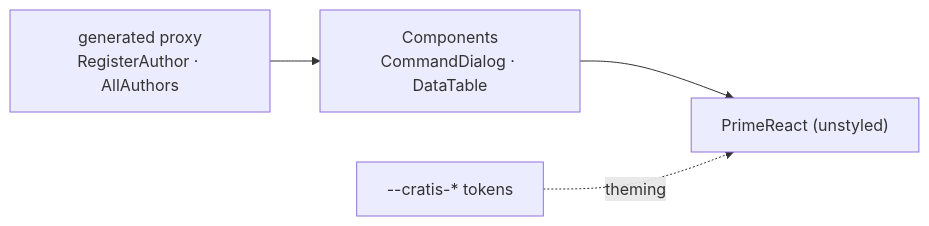
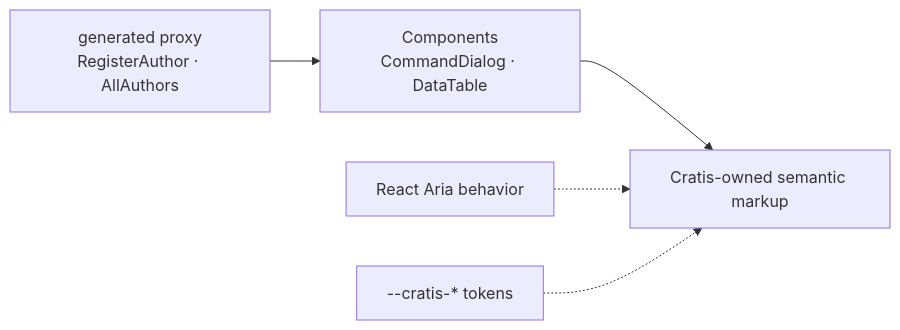
One commit to Cratis/Components changed the diagram in Documentation/getting-started.mdx. Above: the diagram before and after it, drawn with Mermaid. The commit also changed other lines of this file and 56 other files, not shown here.

````diff
--- a/Documentation/getting-started.mdx
+++ b/Documentation/getting-started.mdx
@@ -86,6 +66,7 @@
 ```mermaid
 flowchart LR
     Proxy["generated proxy<br/>RegisterAuthor · AllAuthors"] --> C["Components<br/>CommandDialog · DataTable"]
-    C --> PR["PrimeReact (unstyled)"]
-    Tokens["--cratis-* tokens"] -.->|theming| PR
+    C --> Markup["Cratis-owned semantic markup"]
+    Aria["React Aria behavior"] -.-> Markup
+    Tokens["--cratis-* tokens"] -.-> Markup
 ```
````
